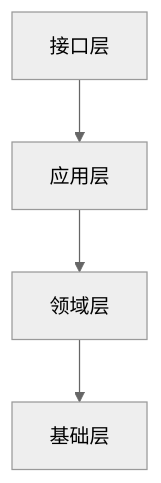
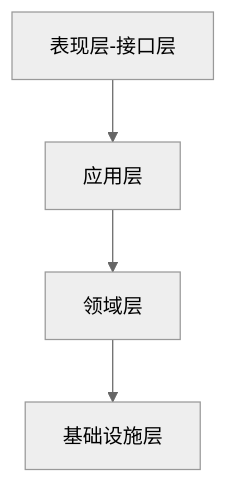
The tenth of 13 diagrams in arch-design.md (0x00t0x7f/misc-notes), drawn with Mermaid (neutral theme) before and after one commit. The commit also changed other lines of this file, not shown here.

````diff
--- a/arch-design.md
+++ b/arch-design.md
@@ -610,8 +610,8 @@
 ```mermaid
 graph TD
-    A[接口层]
+    A[表现层-接口层]
     B[应用层]
     C[领域层]
-    D[基础层]
+    D[基础设施层]
     A-->B-->C-->D
 ```
````
